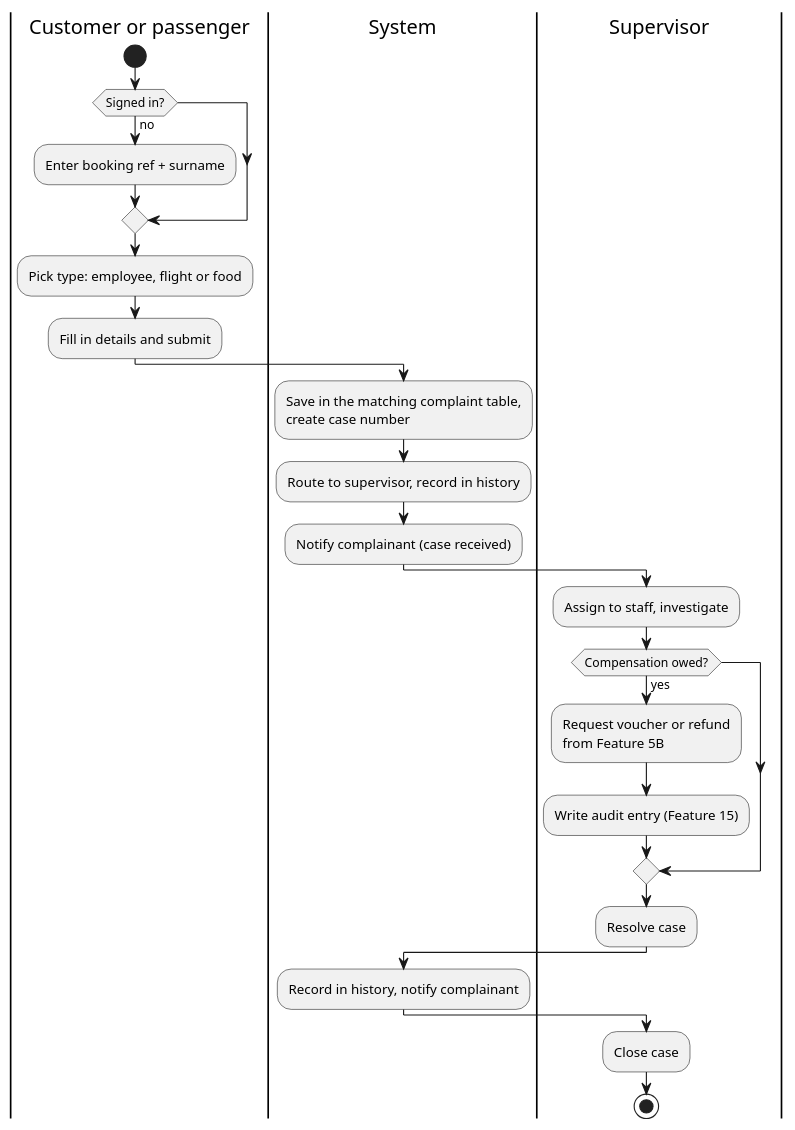
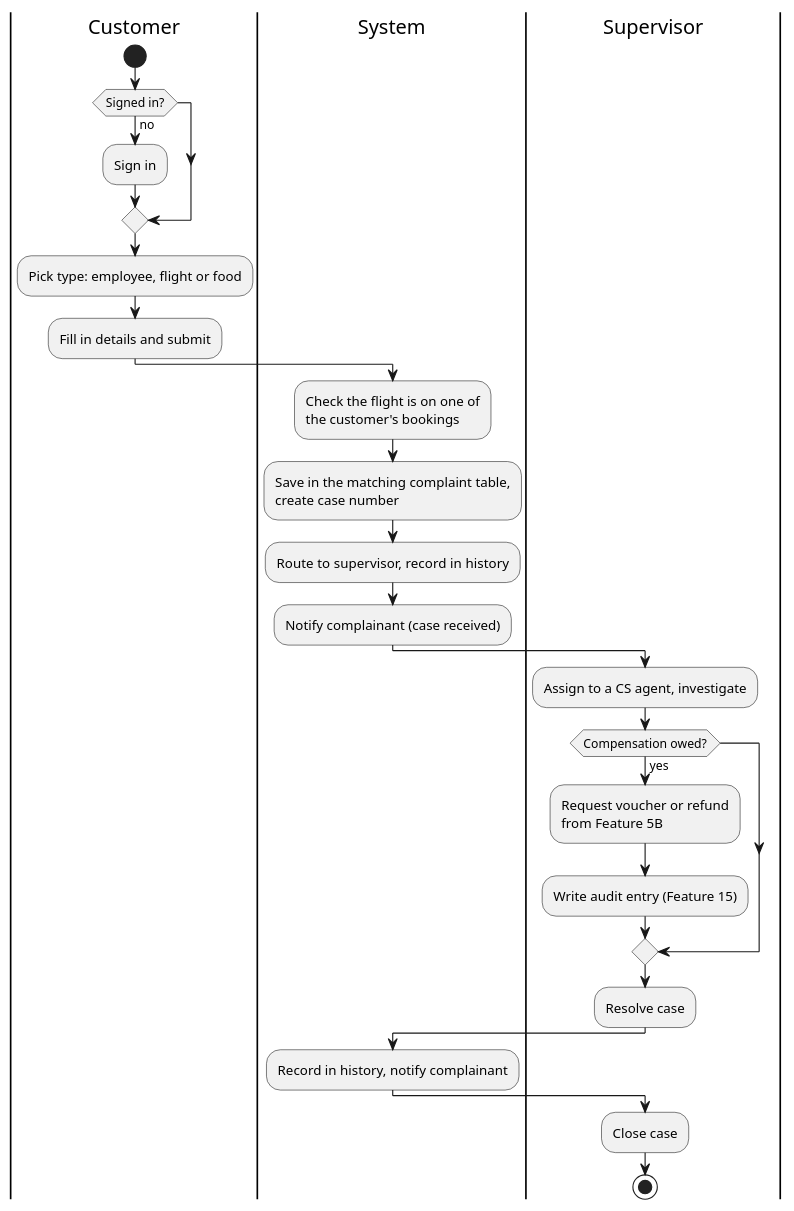
One commit to CSC290-2026-AIRLINE/airline-management-system changed the second of 2 diagrams in docs/f13-g16.md. Above: the diagram before and after it, drawn with PlantUML. The commit also changed other lines of this file, not shown here.

````diff
--- a/docs/f13-g16.md
+++ b/docs/f13-g16.md
@@ -243,30 +270,32 @@
 ```plantuml
 @startuml F13_Flow
 skinparam shadowing false
-|Customer or passenger|
+|Customer|
 start
 if (Signed in?) then (no)
-  :Enter booking ref + surname;
+  :Sign in;
 endif
 :Pick type: employee, flight or food;
 :Fill in details and submit;
 |System|
+:Check the flight is on one of
+the customer's bookings;
 :Save in the matching complaint table,
 create case number;
 :Route to supervisor, record in history;
 :Notify complainant (case received);
 |Supervisor|
-:Assign to staff, investigate;
+:Assign to a CS agent, investigate;
 if (Compensation owed?) then (yes)
   :Request voucher or refund
 from Feature 5B;
   :Write audit entry (Feature 15);
 endif
 :Resolve case;
 |System|
 :Record in history, notify complainant;
 |Supervisor|
 :Close case;
 stop
 @enduml
 ```
````
